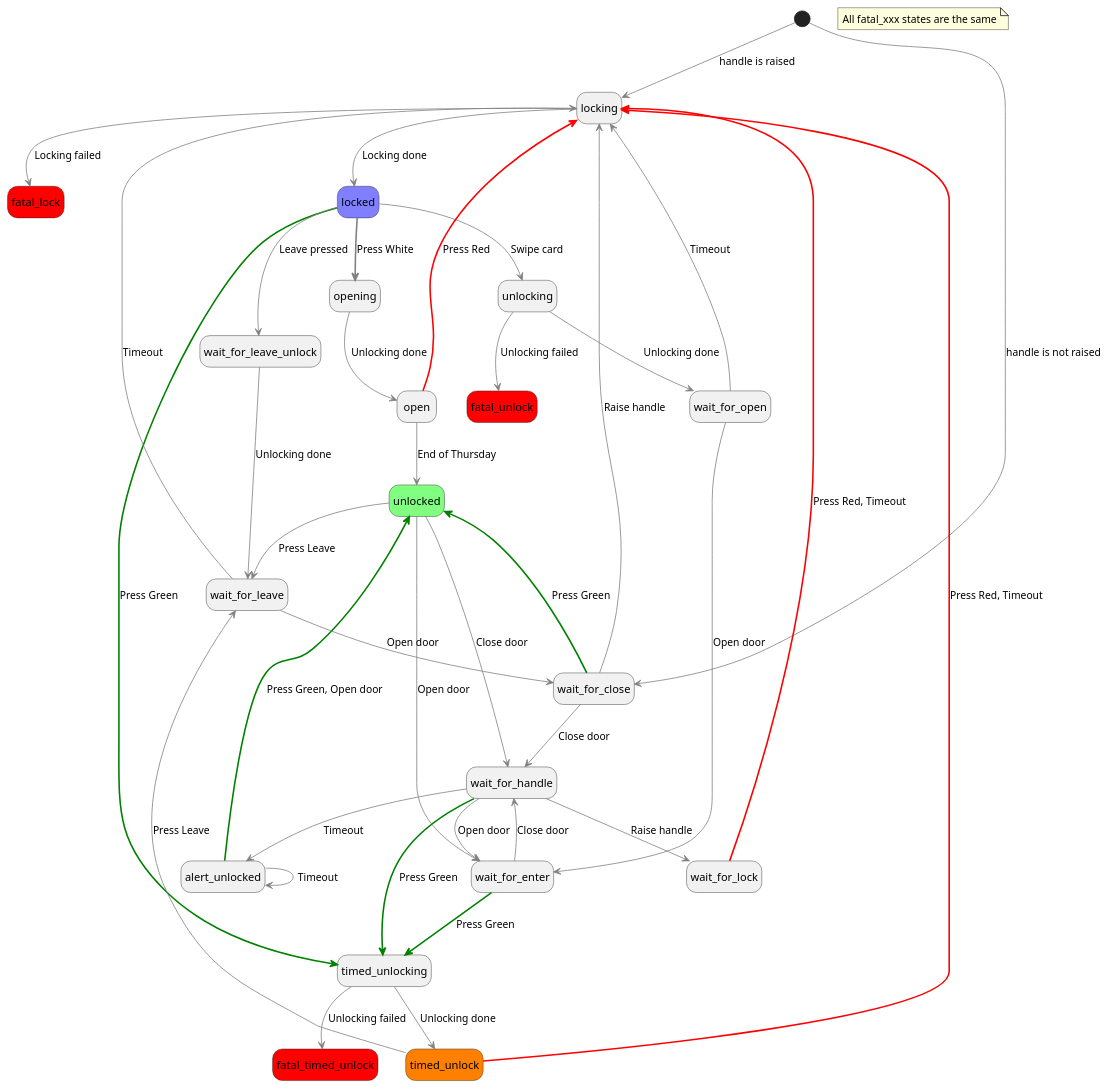
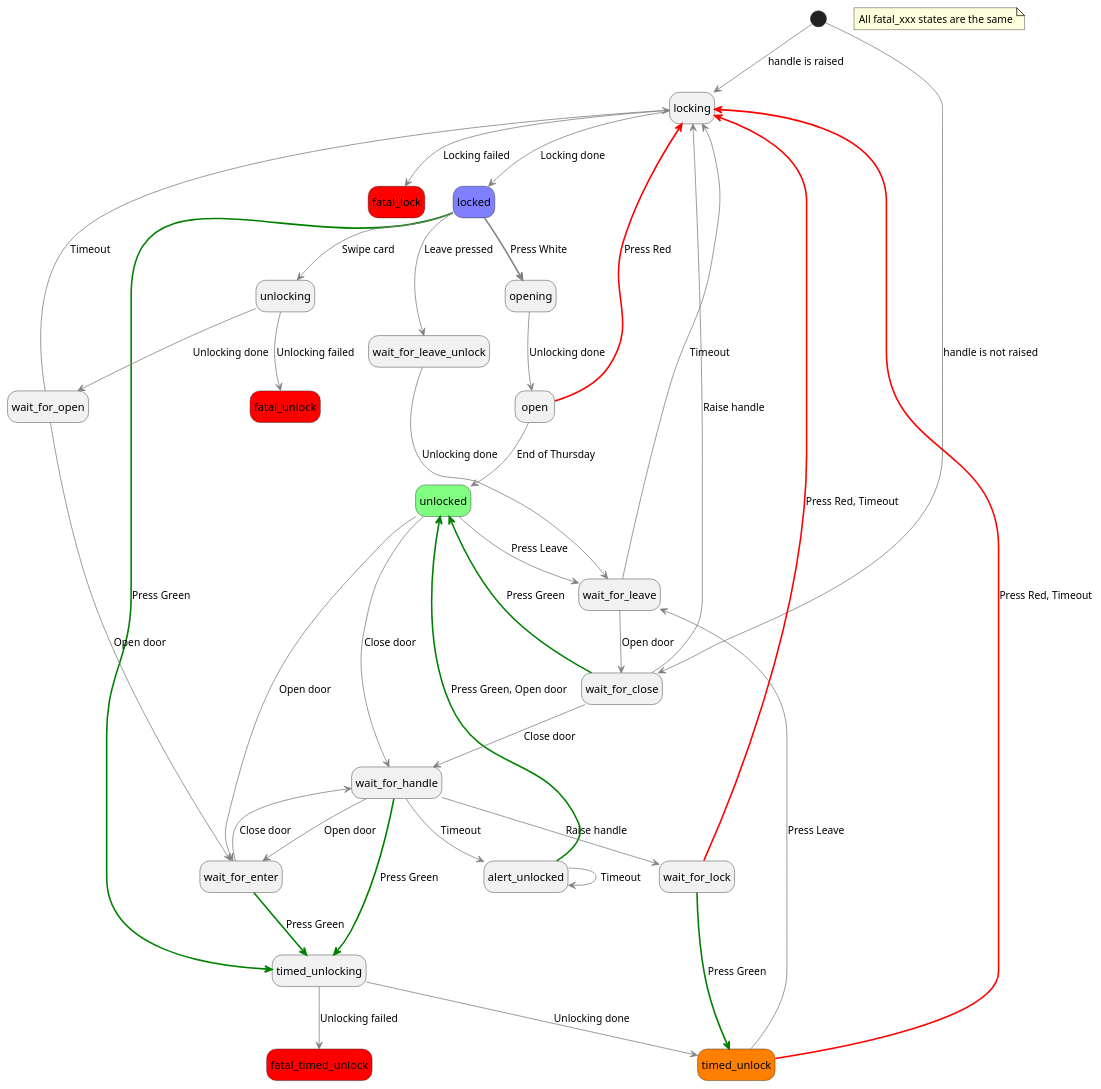
The diagram in ui/states.plantuml (bullestock/acsv2), drawn with PlantUML before and after one commit. The commit also changed 1 other file, not shown here.

Commit message:
Allow entering timed unlock after entering and closing the door.

```diff
--- a/ui/states.plantuml
+++ b/ui/states.plantuml
@@ -1,59 +1,60 @@
 @startuml
 hide empty description
 
 <style>
 stateDiagram {
   arrow {
     LineColor Gray
   }
 }
 </style>
 
 state fatal_lock #ff0000
 state fatal_unlock #ff0000
 state fatal_timed_unlock #ff0000
 
 note "All fatal_xxx states are the same" as fatal_note
 
 state locked #8080ff
 state unlocked #80ff80
 state timed_unlock #ff8000
 
 [*] --> locking: handle is raised
 [*] --> wait_for_close: handle is not raised
 alert_unlocked --> alert_unlocked: Timeout
 alert_unlocked -[#green,bold]-> unlocked: Press Green, Open door
 locked -[#gray,bold]-> opening: Press White
 locked -[#green,bold]-> timed_unlocking: Press Green
 locked --> unlocking: Swipe card
 locked --> wait_for_leave_unlock: Leave pressed
 locking --> fatal_lock: Locking failed
 locking --> locked: Locking done
 open -[#red,bold]-> locking: Press Red
 open --> unlocked: End of Thursday
 opening --> open: Unlocking done
 timed_unlock -[#red,bold]-> locking: Press Red, Timeout
 timed_unlock --> wait_for_leave: Press Leave
 timed_unlocking --> fatal_timed_unlock: Unlocking failed
 timed_unlocking --> timed_unlock: Unlocking done
 unlocked --> wait_for_enter: Open door
 unlocked --> wait_for_handle: Close door
 unlocked --> wait_for_leave: Press Leave
 unlocking --> fatal_unlock: Unlocking failed
 unlocking --> wait_for_open: Unlocking done
 wait_for_close --> locking: Raise handle
 wait_for_close -[#green,bold]-> unlocked: Press Green
 wait_for_close --> wait_for_handle: Close door
 wait_for_enter -[#green,bold]-> timed_unlocking: Press Green
 wait_for_enter --> wait_for_handle: Close door
 wait_for_handle --> alert_unlocked: Timeout
 wait_for_handle -[#green,bold]-> timed_unlocking: Press Green
 wait_for_handle --> wait_for_enter: Open door
 wait_for_handle --> wait_for_lock: Raise handle
 wait_for_leave --> locking: Timeout
 wait_for_leave --> wait_for_close: Open door
 wait_for_leave_unlock --> wait_for_leave: Unlocking done
 wait_for_lock -[#red,bold]-> locking: Press Red, Timeout
+wait_for_lock -[#green,bold]-> timed_unlock: Press Green
 wait_for_open --> locking: Timeout
 wait_for_open --> wait_for_enter: Open door
 @enduml
```
